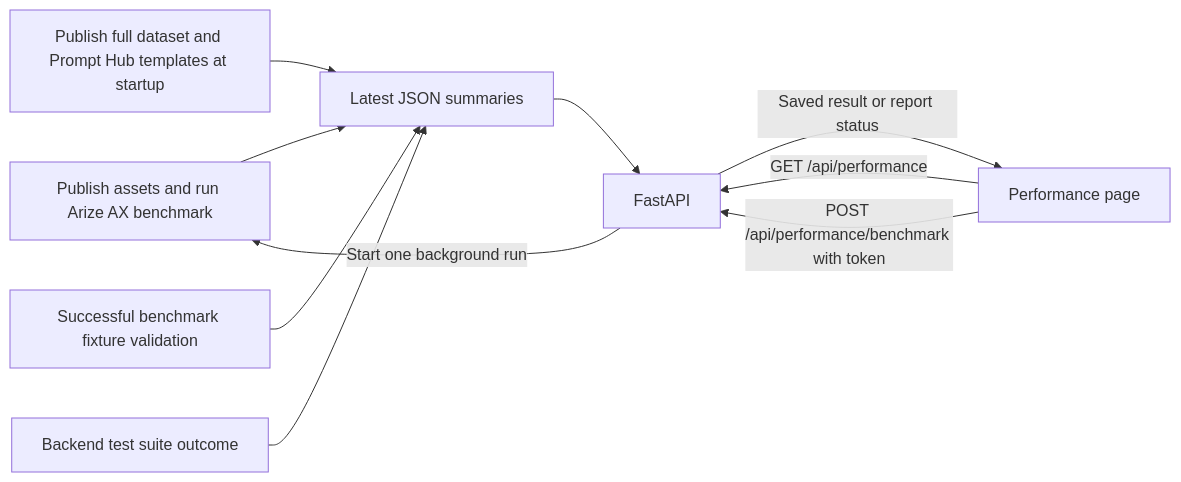
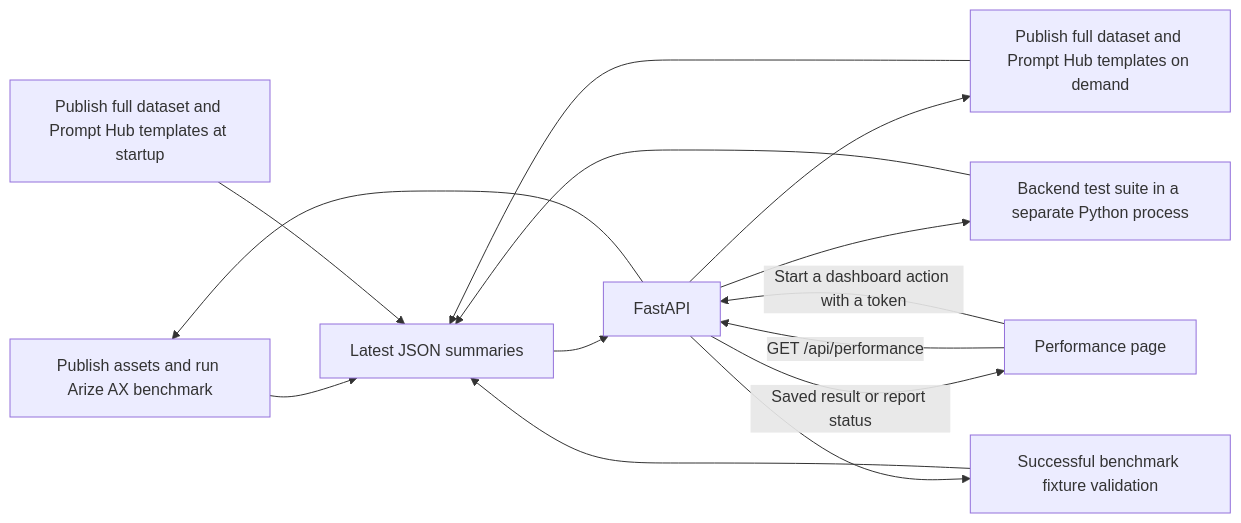
Before and after one commit to girisheduru/archgovasst: diagram 11 of 13 in flowdiagrams.md, drawn with Mermaid. The commit also changed other lines of this file and 11 other files, not shown here.

````diff
--- a/flowdiagrams.md
+++ b/flowdiagrams.md
@@ -279,12 +279,16 @@
 ```mermaid
 flowchart LR
     Benchmark["Publish assets and run Arize AX benchmark"] --> Reports["Latest JSON summaries"]
     Startup["Publish full dataset and Prompt Hub templates at startup"] --> Reports
+    Publish["Publish full dataset and Prompt Hub templates on demand"] --> Reports
     Validate["Successful benchmark fixture validation"] --> Reports
-    Tests["Backend test suite outcome"] --> Reports
+    Tests["Backend test suite in a separate Python process"] --> Reports
     Dashboard["Performance page"] -->|"GET /api/performance"| API["FastAPI"]
-    Dashboard -->|"POST /api/performance/benchmark with token"| API
-    API -->|"Start one background run"| Benchmark
+    Dashboard -->|"Start a dashboard action with a token"| API
+    API --> Benchmark
+    API --> Publish
+    API --> Tests
+    API --> Validate
     Reports --> API
     API -->|"Saved result or report status"| Dashboard
 ```
````
